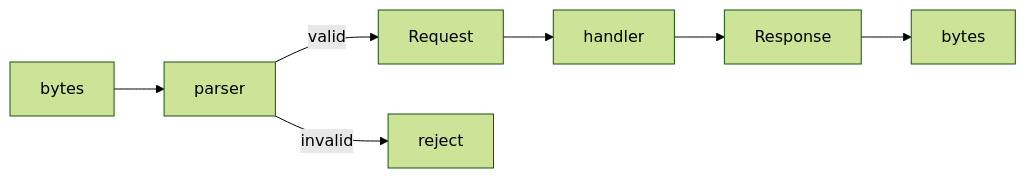
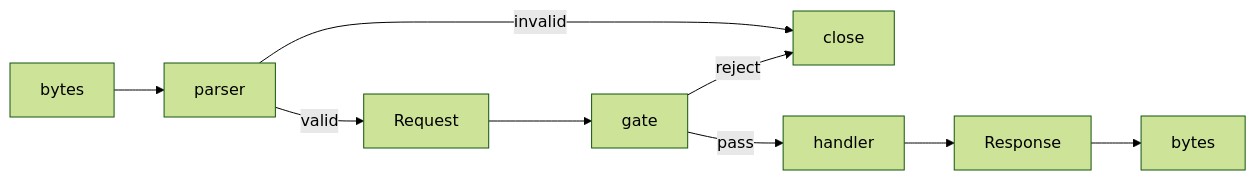
Before and after one commit to keix/fragile: the first of 2 diagrams in README.md, drawn with Mermaid (forest theme). The commit also changed other lines of this file and 6 other files, not shown here.

````diff
--- a/README.md
+++ b/README.md
@@ -50,9 +57,11 @@
 ```mermaid
 flowchart LR
     A[bytes] --> B[parser]
     B -->|valid| C[Request]
-    B -->|invalid| D[reject]
-    C --> E[handler]
-    E --> F[Response]
-    F --> G[bytes]
+    B -->|invalid| D[close]
+    C --> E[gate]
+    E -->|pass| F[handler]
+    E -->|reject| D
+    F --> G[Response]
+    G --> H[bytes]
 ```
````
